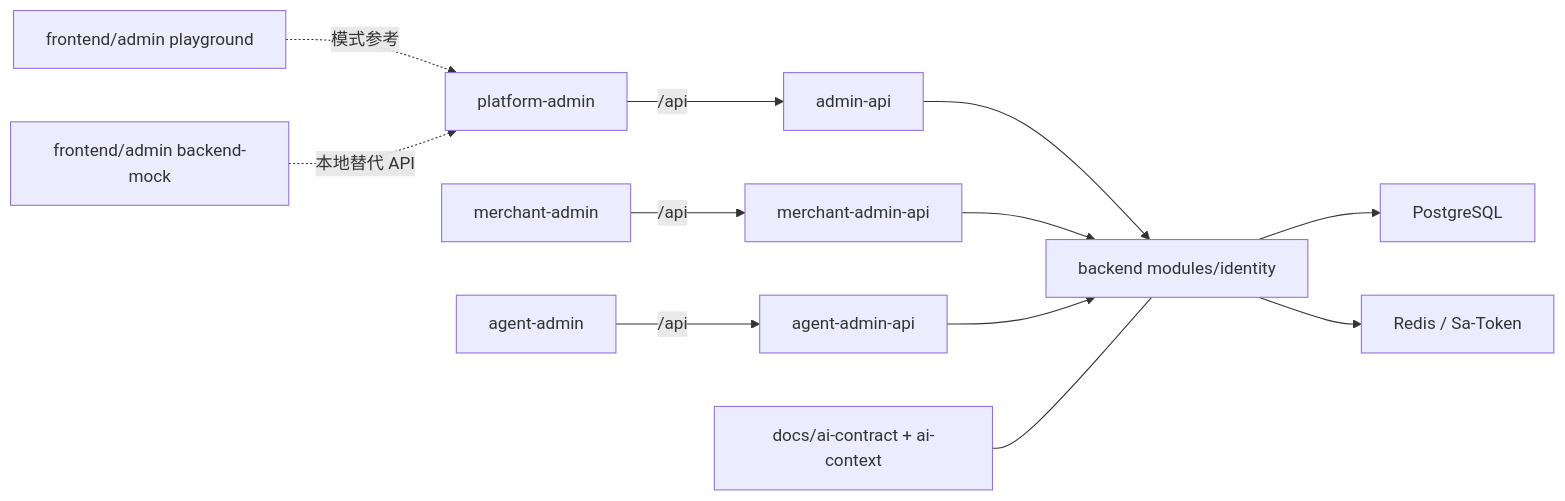
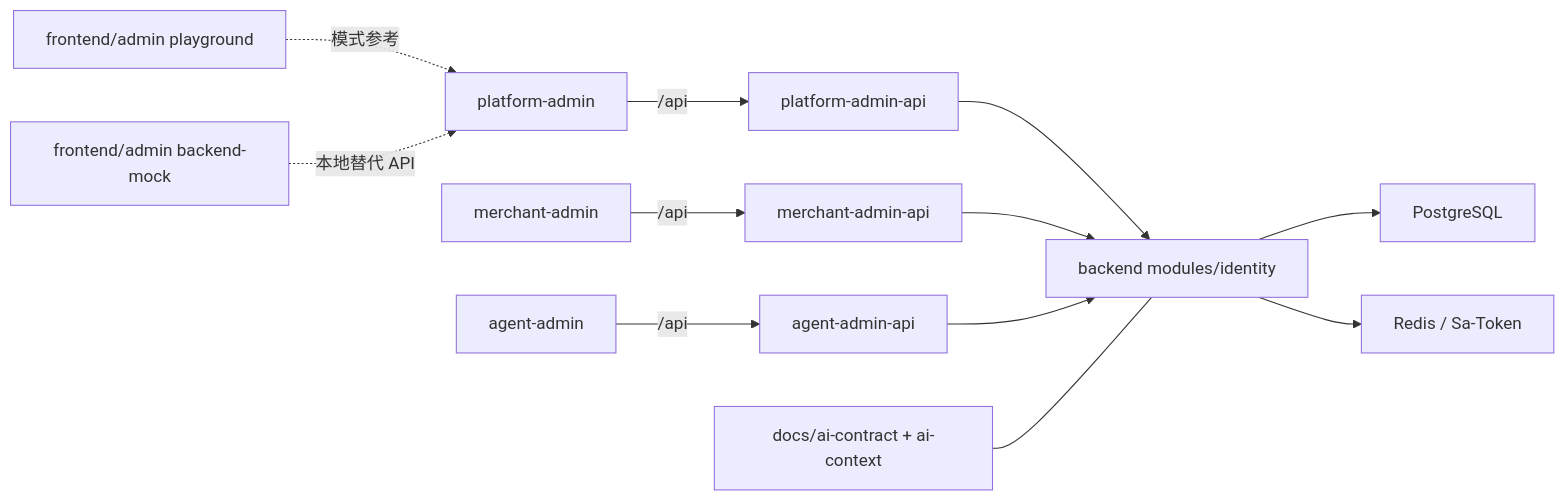
One commit to NIV49/payment-web-platform changed the diagram in docs/ai-context/project-structure.md. Above: the diagram before and after it, drawn with Mermaid. The commit also changed other lines of this file and 53 other files, not shown here.

````diff
--- a/docs/ai-context/project-structure.md
+++ b/docs/ai-context/project-structure.md
@@ -83,14 +83,14 @@
 ```mermaid
 flowchart LR
-  PLATFORM["platform-admin"] -->|"/api"| PLATFORM_API["admin-api"]
+  PLATFORM["platform-admin"] -->|"/api"| PLATFORM_API["platform-admin-api"]
   MERCHANT["merchant-admin"] -->|"/api"| MERCHANT_API["merchant-admin-api"]
   AGENT["agent-admin"] -->|"/api"| AGENT_API["agent-admin-api"]
   PLATFORM_API --> IAM["backend modules/identity"]
   MERCHANT_API --> IAM
   AGENT_API --> IAM
   IAM --> PG["PostgreSQL"]
   IAM --> REDIS["Redis / Sa-Token"]
   PLAY["frontend/admin playground"] -. "模式参考" .-> PLATFORM
   MOCK["frontend/admin backend-mock"] -. "本地替代 API" .-> PLATFORM
   DOCS["docs/ai-contract + ai-context"] --- IAM
 ```
````
